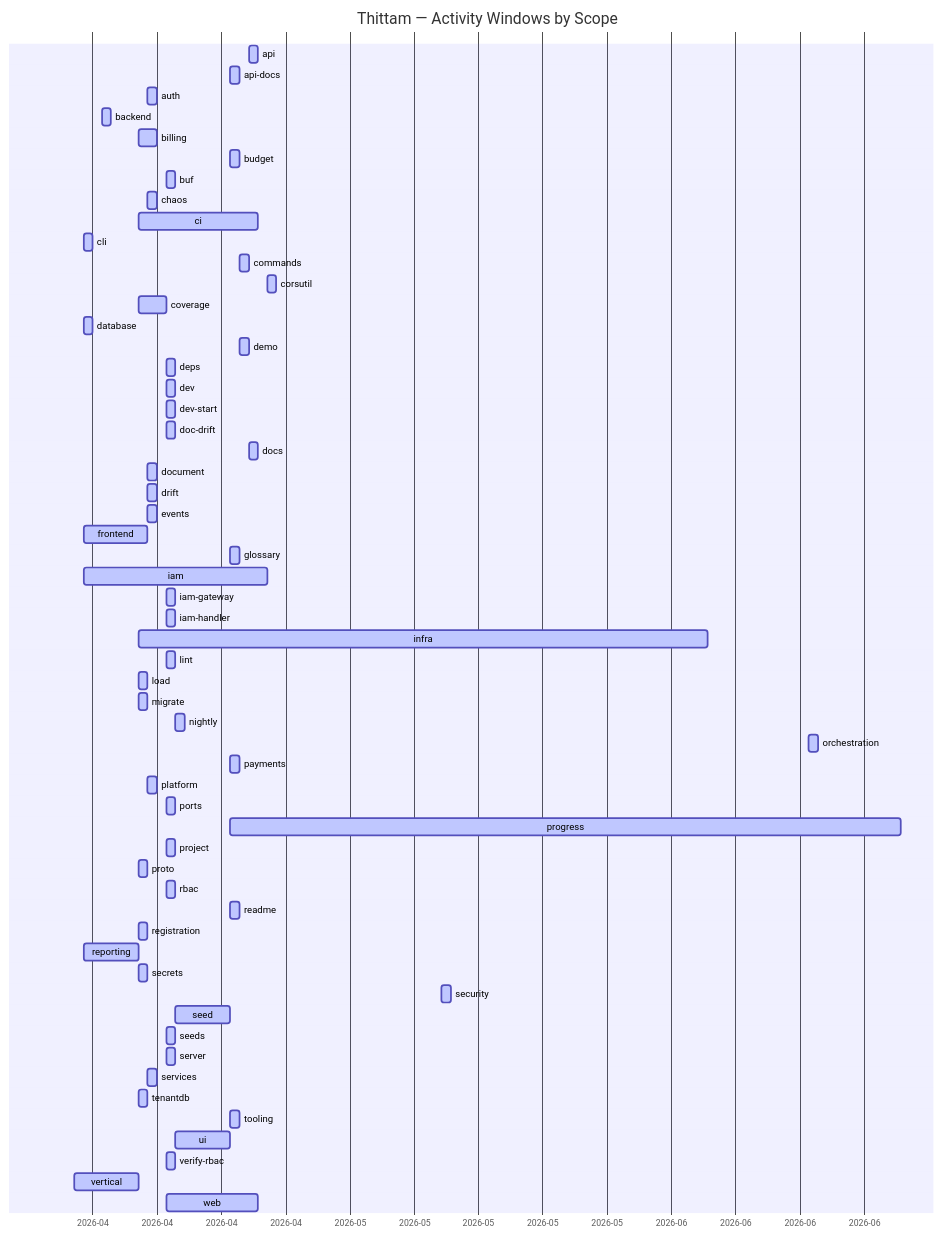
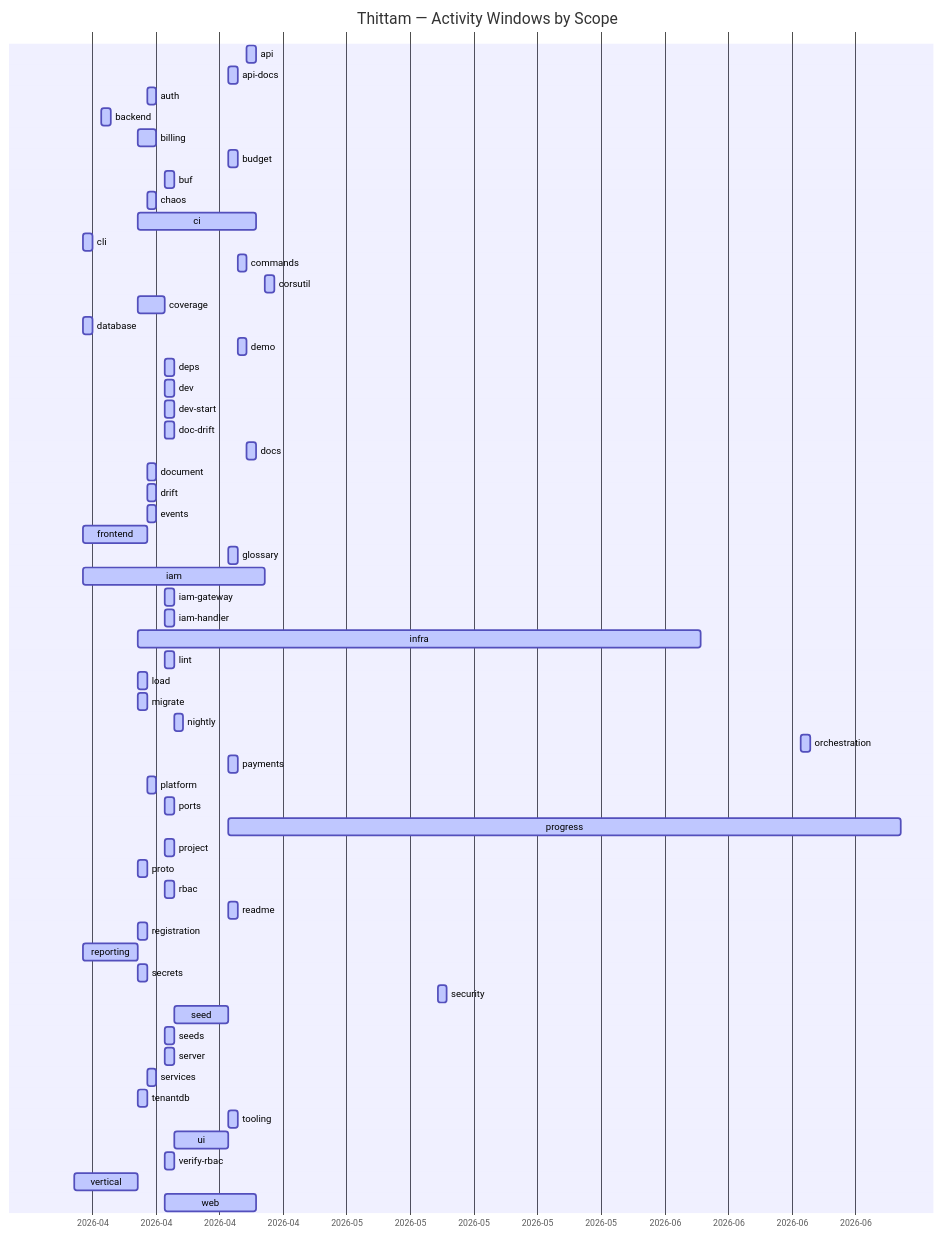
Before and after one commit to wegofwd2020-hub/thittam: the diagram in docs/PROGRESS.md, drawn with Mermaid. The commit also changed other lines of this file and 1 other file, not shown here.

Commit message:
chore(progress): nightly update of docs/PROGRESS.md + CSVs

````diff
--- a/docs/PROGRESS.md
+++ b/docs/PROGRESS.md
@@ -9,62 +9,62 @@
 ```mermaid
 gantt
     title Thittam — Activity Windows by Scope
     dateFormat YYYY-MM-DD
     axisFormat %Y-%m
     api                :active, s_api, 2026-04-22, 2026-04-23
     api-docs           :active, s_api_docs, 2026-04-20, 2026-04-21
     auth               :active, s_auth, 2026-04-11, 2026-04-12
     backend            :active, s_backend, 2026-04-06, 2026-04-07
     billing            :active, s_billing, 2026-04-10, 2026-04-12
     budget             :active, s_budget, 2026-04-20, 2026-04-21
     buf                :active, s_buf, 2026-04-13, 2026-04-14
     chaos              :active, s_chaos, 2026-04-11, 2026-04-12
     ci                 :active, s_ci, 2026-04-10, 2026-04-23
     cli                :active, s_cli, 2026-04-04, 2026-04-05
     commands           :active, s_commands, 2026-04-21, 2026-04-22
     corsutil           :active, s_corsutil, 2026-04-24, 2026-04-25
     coverage           :active, s_coverage, 2026-04-10, 2026-04-13
     database           :active, s_database, 2026-04-04, 2026-04-05
     demo               :active, s_demo, 2026-04-21, 2026-04-22
     deps               :active, s_deps, 2026-04-13, 2026-04-14
     dev                :active, s_dev, 2026-04-13, 2026-04-14
     dev-start          :active, s_dev_start, 2026-04-13, 2026-04-14
     doc-drift          :active, s_doc_drift, 2026-04-13, 2026-04-14
     docs               :active, s_docs, 2026-04-22, 2026-04-23
     document           :active, s_document, 2026-04-11, 2026-04-12
     drift              :active, s_drift, 2026-04-11, 2026-04-12
     events             :active, s_events, 2026-04-11, 2026-04-12
     frontend           :active, s_frontend, 2026-04-04, 2026-04-11
     glossary           :active, s_glossary, 2026-04-20, 2026-04-21
     iam                :active, s_iam, 2026-04-04, 2026-04-24
     iam-gateway        :active, s_iam_gateway, 2026-04-13, 2026-04-14
     iam-handler        :active, s_iam_handler, 2026-04-13, 2026-04-14
     infra              :active, s_infra, 2026-04-10, 2026-06-11
     lint               :active, s_lint, 2026-04-13, 2026-04-14
     load               :active, s_load, 2026-04-10, 2026-04-11
     migrate            :active, s_migrate, 2026-04-10, 2026-04-11
     nightly            :active, s_nightly, 2026-04-14, 2026-04-15
     orchestration      :active, s_orchestration, 2026-06-22, 2026-06-23
     payments           :active, s_payments, 2026-04-20, 2026-04-21
     platform           :active, s_platform, 2026-04-11, 2026-04-12
     ports              :active, s_ports, 2026-04-13, 2026-04-14
-    progress           :active, s_progress, 2026-04-20, 2026-07-02
+    progress           :active, s_progress, 2026-04-20, 2026-07-03
     project            :active, s_project, 2026-04-13, 2026-04-14
     proto              :active, s_proto, 2026-04-10, 2026-04-11
     rbac               :active, s_rbac, 2026-04-13, 2026-04-14
     readme             :active, s_readme, 2026-04-20, 2026-04-21
     registration       :active, s_registration, 2026-04-10, 2026-04-11
     reporting          :active, s_reporting, 2026-04-04, 2026-04-10
     secrets            :active, s_secrets, 2026-04-10, 2026-04-11
     security           :active, s_security, 2026-05-13, 2026-05-14
     seed               :active, s_seed, 2026-04-14, 2026-04-20
     seeds              :active, s_seeds, 2026-04-13, 2026-04-14
     server             :active, s_server, 2026-04-13, 2026-04-14
     services           :active, s_services, 2026-04-11, 2026-04-12
     tenantdb           :active, s_tenantdb, 2026-04-10, 2026-04-11
     tooling            :active, s_tooling, 2026-04-20, 2026-04-21
     ui                 :active, s_ui, 2026-04-14, 2026-04-20
     verify-rbac        :active, s_verify_rbac, 2026-04-13, 2026-04-14
     vertical           :active, s_vertical, 2026-04-03, 2026-04-10
     web                :active, s_web, 2026-04-13, 2026-04-23
 ```
````
